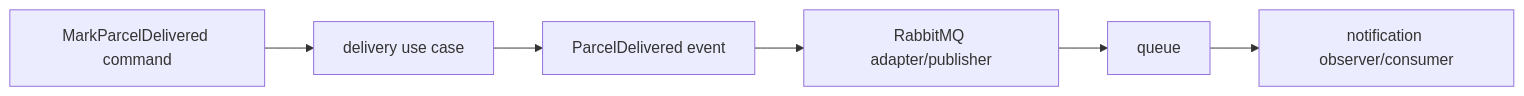
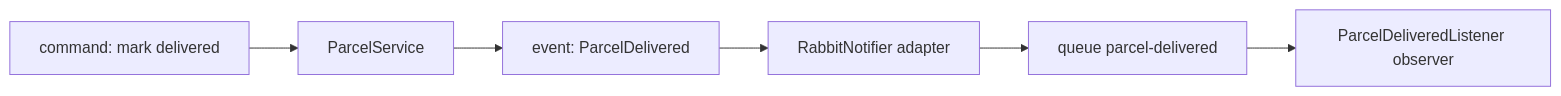
One commit to kevin-voss/learning-project changed the diagram in tracks/spring-boot/topics/12-queues/event-driven-lab.md. Above: the diagram before and after it, drawn with Mermaid. The commit also changed other lines of this file and 85 other files, not shown here.

````diff
--- a/tracks/spring-boot/topics/12-queues/event-driven-lab.md
+++ b/tracks/spring-boot/topics/12-queues/event-driven-lab.md
@@ -11,8 +19,8 @@
 ```mermaid
 flowchart LR
-  C[MarkParcelDelivered command] --> U[delivery use case]
-  U --> E[ParcelDelivered event]
-  E --> P[RabbitMQ adapter/publisher]
-  P --> Q[queue]
-  Q --> N[notification observer/consumer]
+  C[command: mark delivered] --> U[ParcelService]
+  U --> E[event: ParcelDelivered]
+  E --> P[RabbitNotifier adapter]
+  P --> Q[queue parcel-delivered]
+  Q --> N[ParcelDeliveredListener observer]
 ```
````
